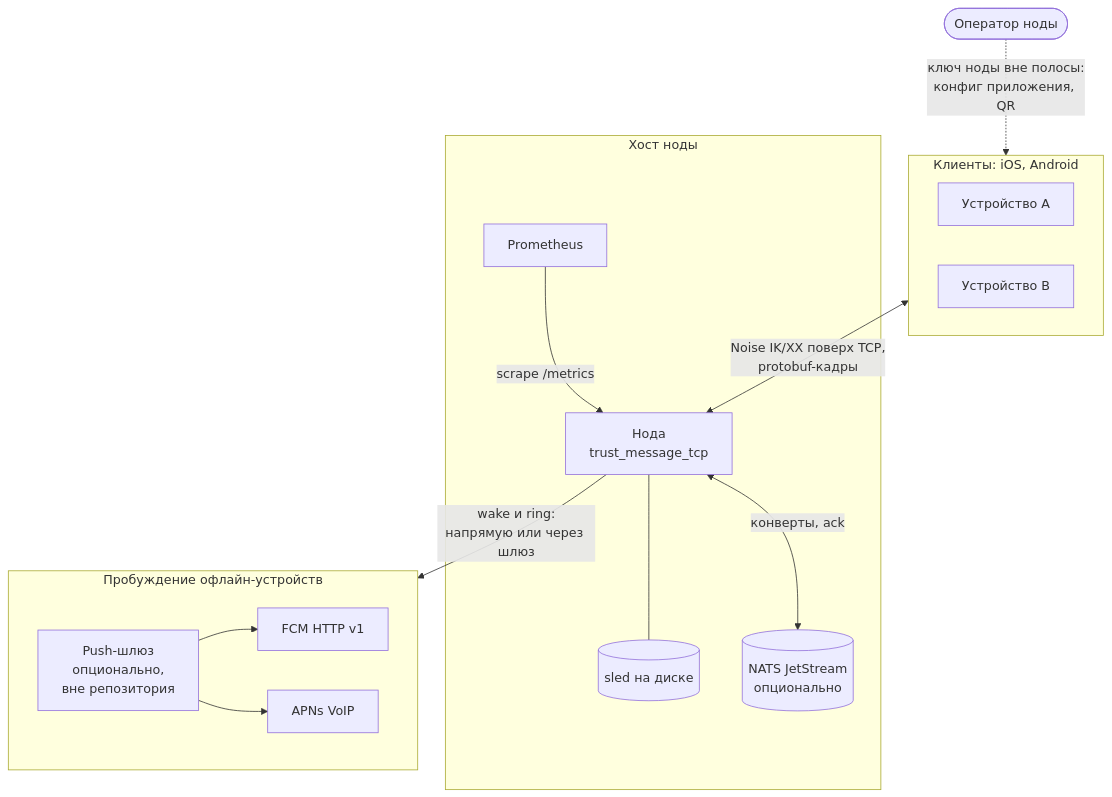
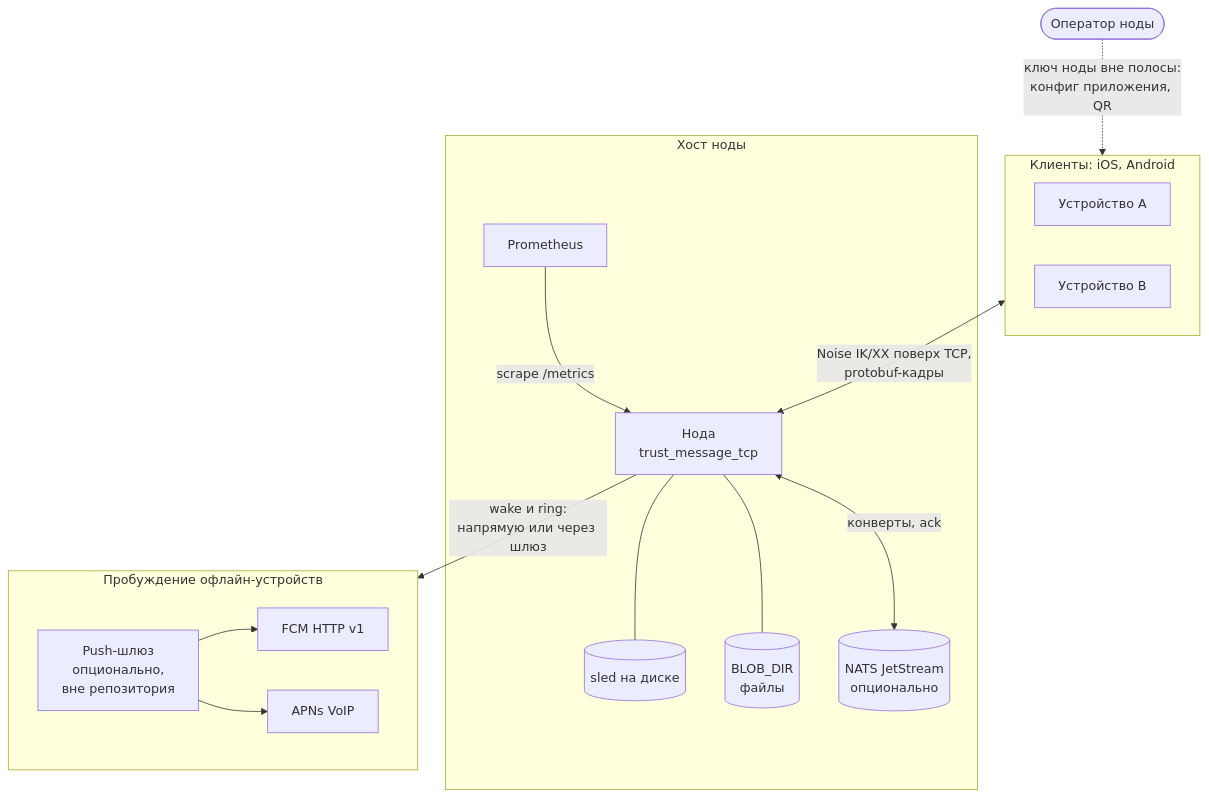
Before and after one commit to Darkildo/trustme_backend: the first of 10 diagrams in docs/architecture.md, drawn with Mermaid. The commit also changed other lines of this file and 11 other files, not shown here.

First line of the commit message:
docs: иллюстрации архитектуры и сверка схем с 0.5.0

````diff
--- a/docs/architecture.md
+++ b/docs/architecture.md
@@ -16,28 +42,30 @@
 ```mermaid
 flowchart TB
     op(["Оператор ноды"])
     subgraph clients["Клиенты: iOS, Android"]
         A["Устройство A"]
         B["Устройство B"]
     end
     subgraph host["Хост ноды"]
         N["Нода<br/>trust_message_tcp"]
         S[("sled на диске")]
+        F[("BLOB_DIR<br/>файлы")]
         J[("NATS JetStream<br/>опционально")]
         P["Prometheus"]
     end
     subgraph wake["Пробуждение офлайн-устройств"]
         GW["Push-шлюз<br/>опционально,<br/>вне репозитория"]
         FCM["FCM HTTP v1"]
         APNS["APNs VoIP"]
     end
 
     op -. "ключ ноды вне полосы:<br/>конфиг приложения, QR" .-> clients
     clients <-->|"Noise IK/XX поверх TCP,<br/>protobuf-кадры"| N
     N --- S
+    N --- F
     N <-->|"конверты, ack"| J
     P -->|"scrape /metrics"| N
     N -->|"wake и ring:<br/>напрямую или через шлюз"| wake
     GW --> FCM
     GW --> APNS
 ```
````
